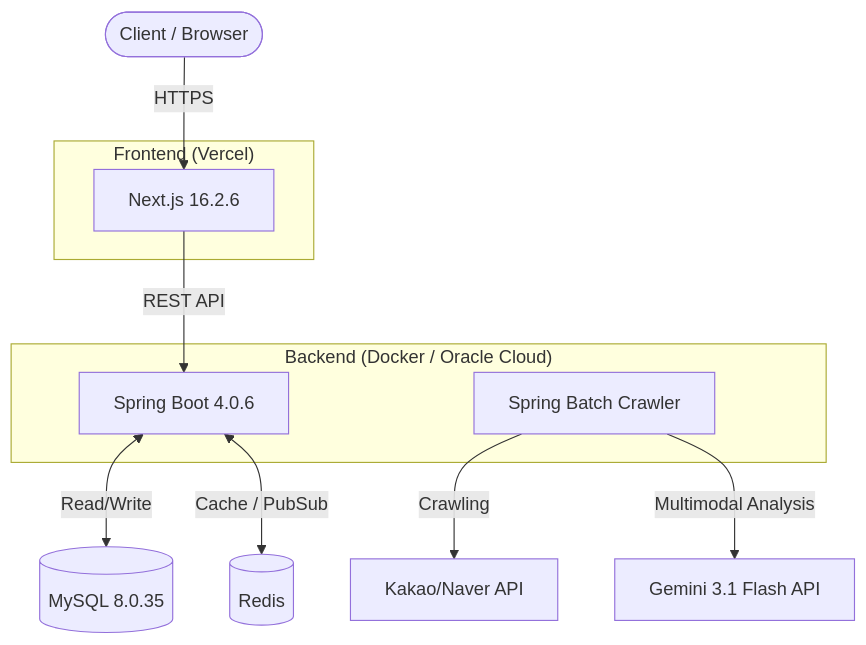
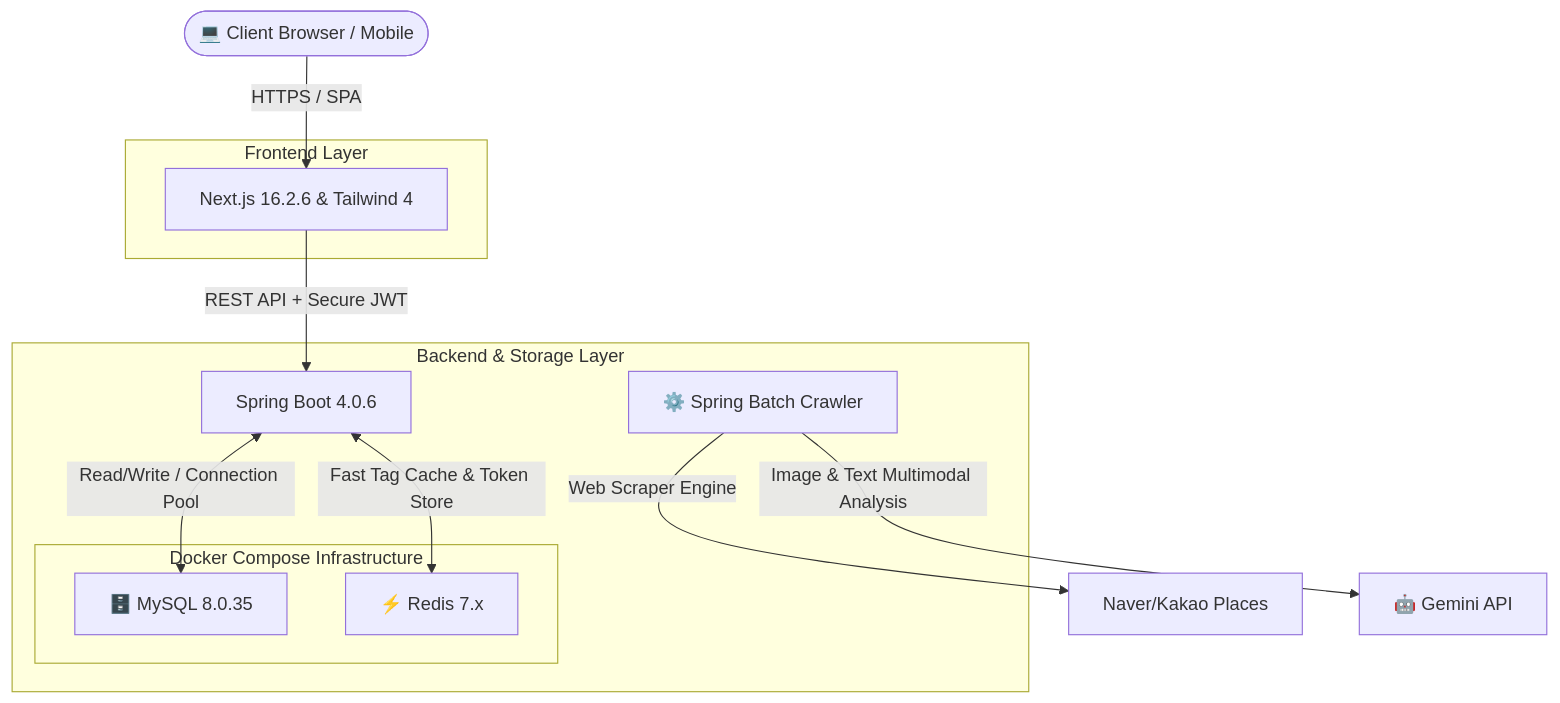
The first of 2 diagrams in README.md (minari0v0/pickpl), drawn with Mermaid before and after one commit. The commit also changed other lines of this file and 3 other files, not shown here.

````diff
--- a/README.md
+++ b/README.md
@@ -25,20 +48,26 @@
 ```mermaid
 graph TD
-    Client([Client / Browser]) -->|HTTPS| Frontend
+    Client([💻 Client Browser / Mobile]) -->|HTTPS / SPA| Frontend
     
-    subgraph "Frontend (Vercel)"
-        Frontend[Next.js 16.2.6]
+    subgraph "Frontend Layer"
+        Frontend[Next.js 16.2.6 & Tailwind 4]
     end
     
-    Frontend -->|REST API| Backend
+    Frontend -->|REST API + Secure JWT| Backend
     
-    subgraph "Backend (Docker / Oracle Cloud)"
+    subgraph "Backend & Storage Layer"
         Backend[Spring Boot 4.0.6]
-        Batch[Spring Batch Crawler]
+        
+        subgraph "Docker Compose Infrastructure"
+            MySQL[🗄️ MySQL 8.0.35]
+            Redis[⚡ Redis 7.x]
+        end
+        
+        SpringBatch[⚙️ Spring Batch Crawler]
     end
     
-    Backend <-->|Read/Write| DB[(MySQL 8.0.35)]
-    Backend <-->|Cache / PubSub| Cache[(Redis)]
-    Batch -->|Crawling| ExternalAPI[Kakao/Naver API]
-    Batch -->|Multimodal Analysis| AI[Gemini 3.1 Flash API]
+    Backend <-->|Read/Write / Connection Pool| MySQL
+    Backend <-->|Fast Tag Cache & Token Store| Redis
+    SpringBatch -->|Web Scraper Engine| Web[Naver/Kakao Places]
+    SpringBatch -->|Image & Text Multimodal Analysis| Gemini[🤖 Gemini API]
 ```
````
